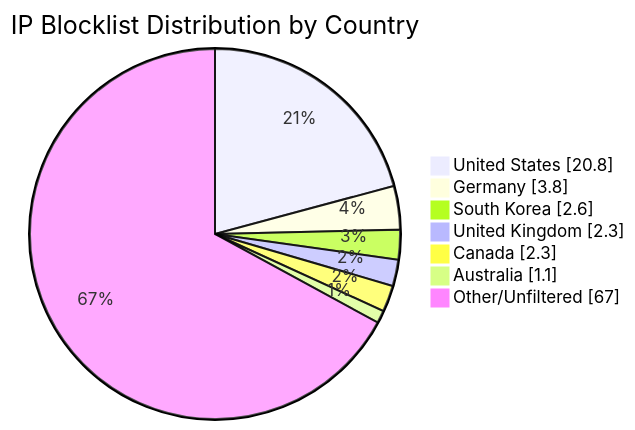
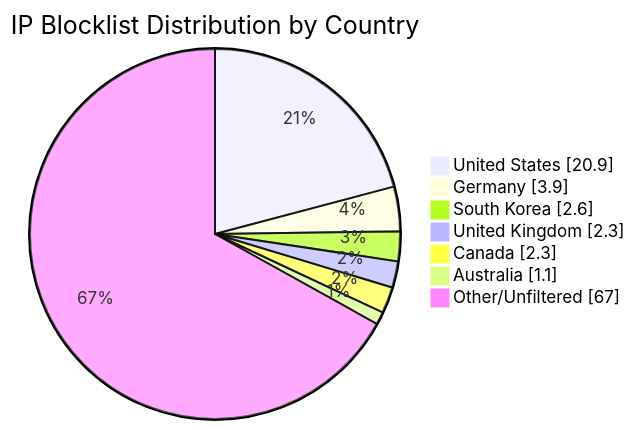
The diagram in README.md (MarcusHoltz/ipblocklist-geofiltered-aggregator), drawn with Mermaid before and after one commit. The commit also changed other lines of this file and 9 other files, not shown here.

````diff
--- a/README.md
+++ b/README.md
@@ -34,10 +34,10 @@
 ```mermaid
 pie showData title IP Blocklist Distribution by Country
-"United States" : 20.8
-"Germany" : 3.8
+"United States" : 20.9
+"Germany" : 3.9
 "South Korea" : 2.6
 "United Kingdom" : 2.3
 "Canada" : 2.3
 "Australia" : 1.1
 "Other/Unfiltered" : 67.0
 ```
````
